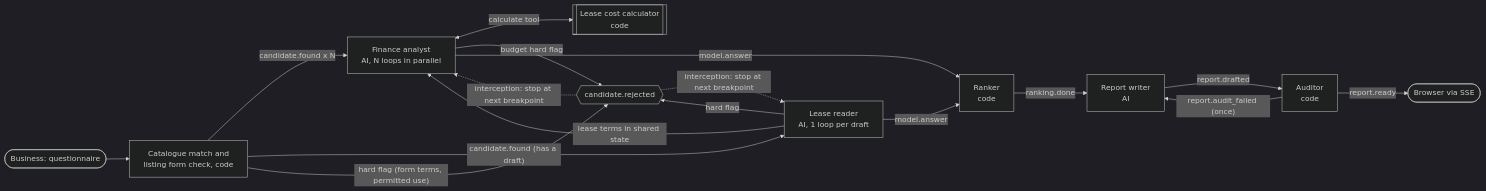
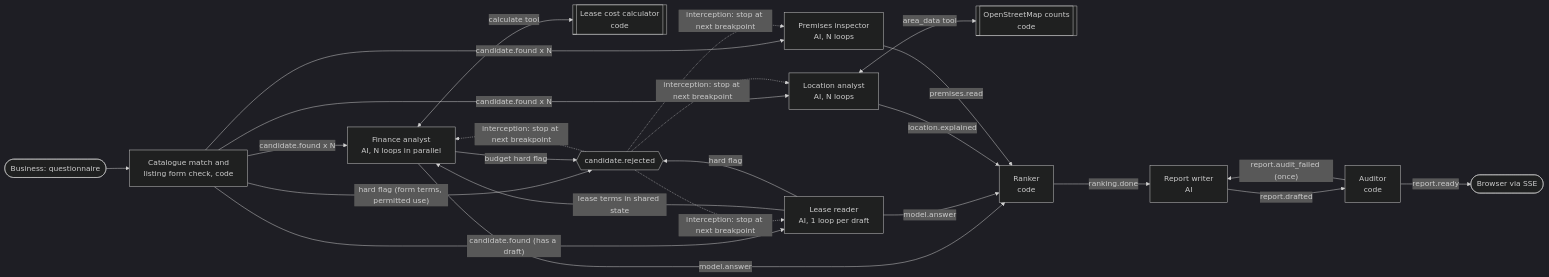
The diagram in README.md (g4jic/Black-Friday-Hackaton), drawn with Mermaid (dark theme) before and after one commit. The commit also changed other lines of this file and 17 other files, not shown here.

First line of the commit message:
Every flow works without a key; final pass fixes

````diff
--- a/README.md
+++ b/README.md
@@ -224,19 +225,26 @@
 ```mermaid
 flowchart LR
   U([Business: questionnaire]) --> CM[Catalogue match and<br/>listing form check, code]
   CM -- "candidate.found x N" --> FA["Finance analyst<br/>AI, N loops in parallel"]
   CM -- "candidate.found (has a draft)" --> LR["Lease reader<br/>AI, 1 loop per draft"]
+  CM -- "candidate.found x N" --> LA["Location analyst<br/>AI, N loops"]
+  CM -- "candidate.found x N" --> PI["Premises inspector<br/>AI, N loops"]
+  LA <-- "area_data tool" --> OSM[[OpenStreetMap counts<br/>code]]
   FA <-- "calculate tool" --> CALC[[Lease cost calculator<br/>code]]
   LR -- "lease terms in shared state" --> FA
   LR -- "hard flag" --> REJ{{candidate.rejected}}
   CM -- "hard flag (form terms, permitted use)" --> REJ
   FA -- "budget hard flag" --> REJ
   REJ -. "interception: stop at next breakpoint" .-> FA
   REJ -. "interception: stop at next breakpoint" .-> LR
+  REJ -. "interception: stop at next breakpoint" .-> LA
+  REJ -. "interception: stop at next breakpoint" .-> PI
   FA -- "model.answer" --> RK[Ranker<br/>code]
   LR -- "model.answer" --> RK
+  LA -- "location.explained" --> RK
+  PI -- "premises.read" --> RK
   RK -- "ranking.done" --> RW[Report writer<br/>AI]
   RW -- "report.drafted" --> AU[Auditor<br/>code]
   AU -- "report.audit_failed (once)" --> RW
   AU -- "report.ready" --> UI([Browser via SSE])
 ```
````
